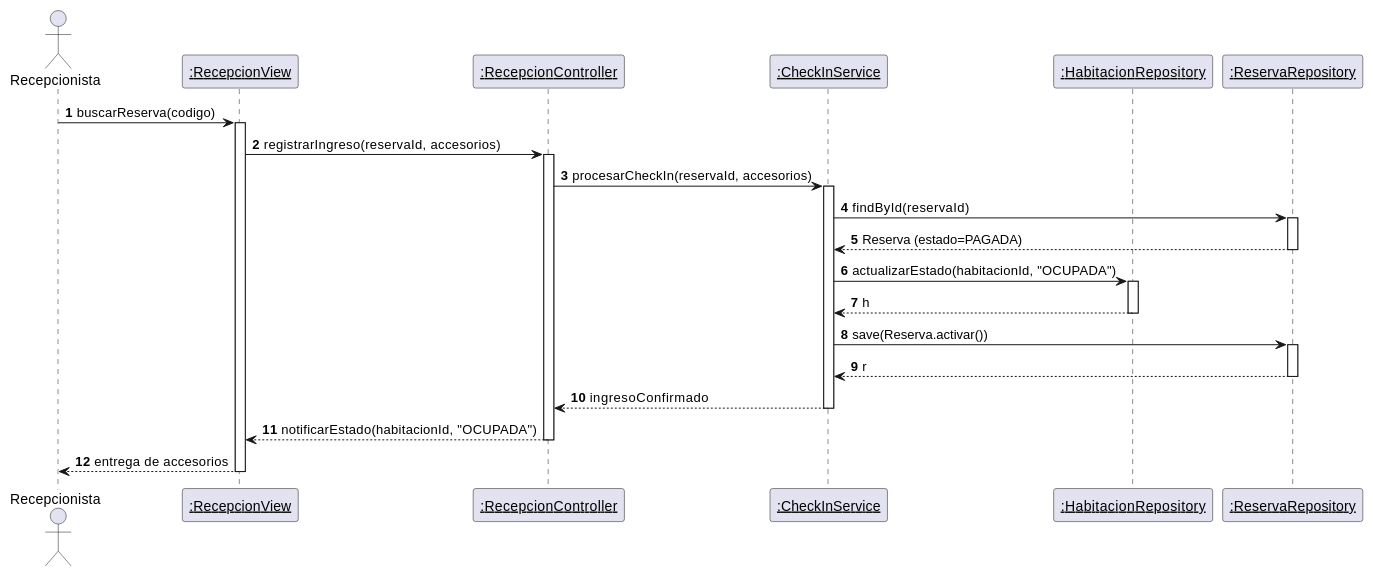
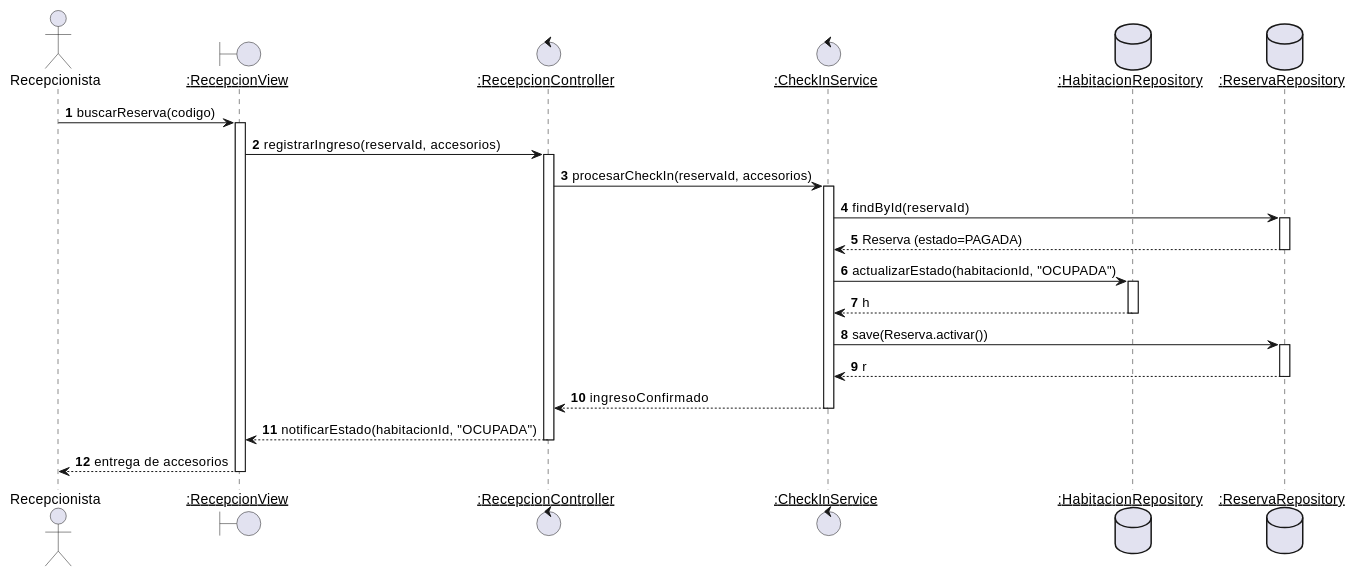
Before and after one commit to Tsmrain/GestionSistemas: diagram 18 of 36 in RefactorV4.md, drawn with PlantUML. The commit also changed other lines of this file, not shown here.

Commit message:
refactor: standardize plantuml diagrams using boundary, control, entity, and database stereotypes

````diff
--- a/RefactorV4.md
+++ b/RefactorV4.md
@@ -968,36 +968,36 @@
 ```plantuml
 @startuml
 autonumber
 actor Recepcionista
-participant "<u>:RecepcionView</u>" as View
-participant "<u>:RecepcionController</u>" as Ctrl
-participant "<u>:CheckInService</u>" as Serv
-participant "<u>:HabitacionRepository</u>" as Repo
-participant "<u>:ReservaRepository</u>" as ResRepo
+boundary "<u>:RecepcionView</u>" as View
+control "<u>:RecepcionController</u>" as Ctrl
+control "<u>:CheckInService</u>" as Serv
+database "<u>:HabitacionRepository</u>" as Repo
+database "<u>:ReservaRepository</u>" as ResRepo
 
 Recepcionista -> View : buscarReserva(codigo)
 activate View
 View -> Ctrl : registrarIngreso(reservaId, accesorios)
 activate Ctrl
 Ctrl -> Serv : procesarCheckIn(reservaId, accesorios)
 activate Serv
 Serv -> ResRepo : findById(reservaId)
 activate ResRepo
 ResRepo --> Serv : Reserva (estado=PAGADA)
 deactivate ResRepo
 Serv -> Repo : actualizarEstado(habitacionId, "OCUPADA")
 activate Repo
 Repo --> Serv : h
 deactivate Repo
 Serv -> ResRepo : save(Reserva.activar())
 activate ResRepo
 ResRepo --> Serv : r
 deactivate ResRepo
 Serv --> Ctrl : ingresoConfirmado
 deactivate Serv
 Ctrl --> View : notificarEstado(habitacionId, "OCUPADA")
 deactivate Ctrl
 View --> Recepcionista : entrega de accesorios
 deactivate View
 @enduml
 ```
````
